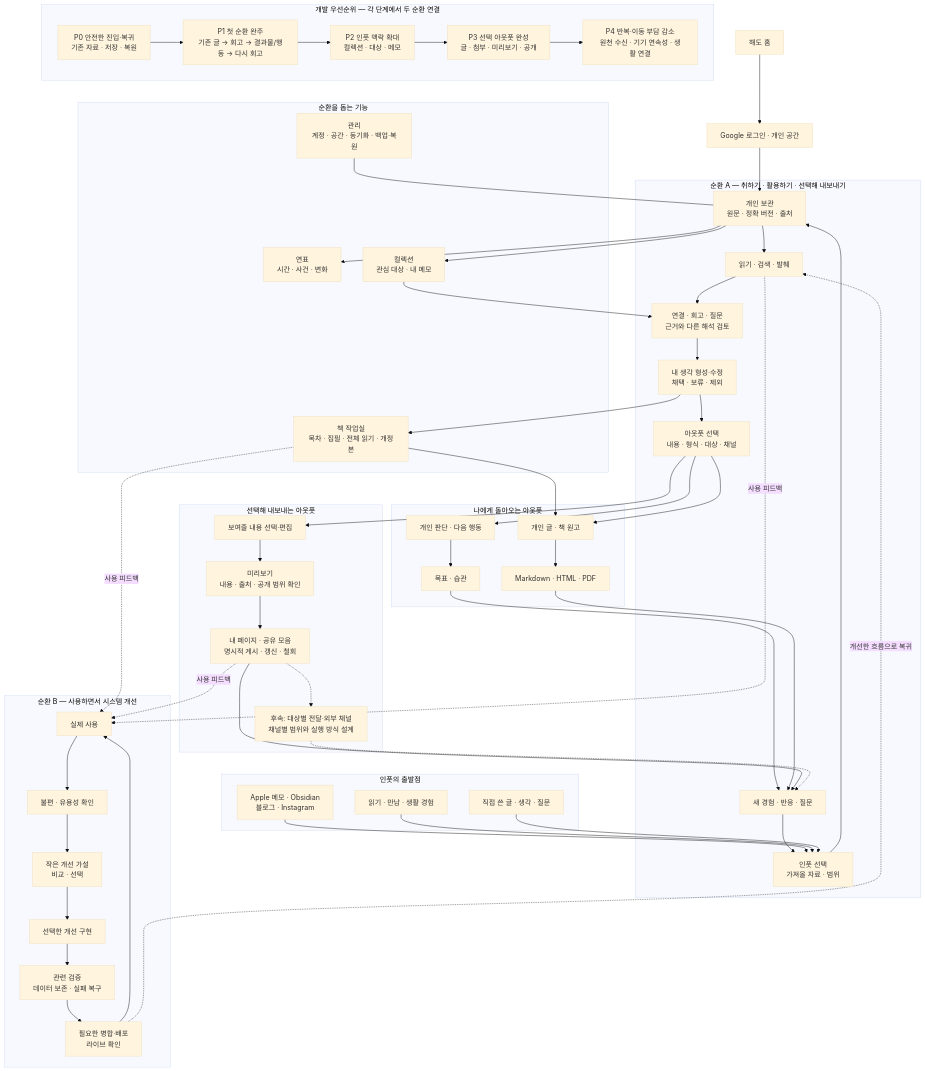
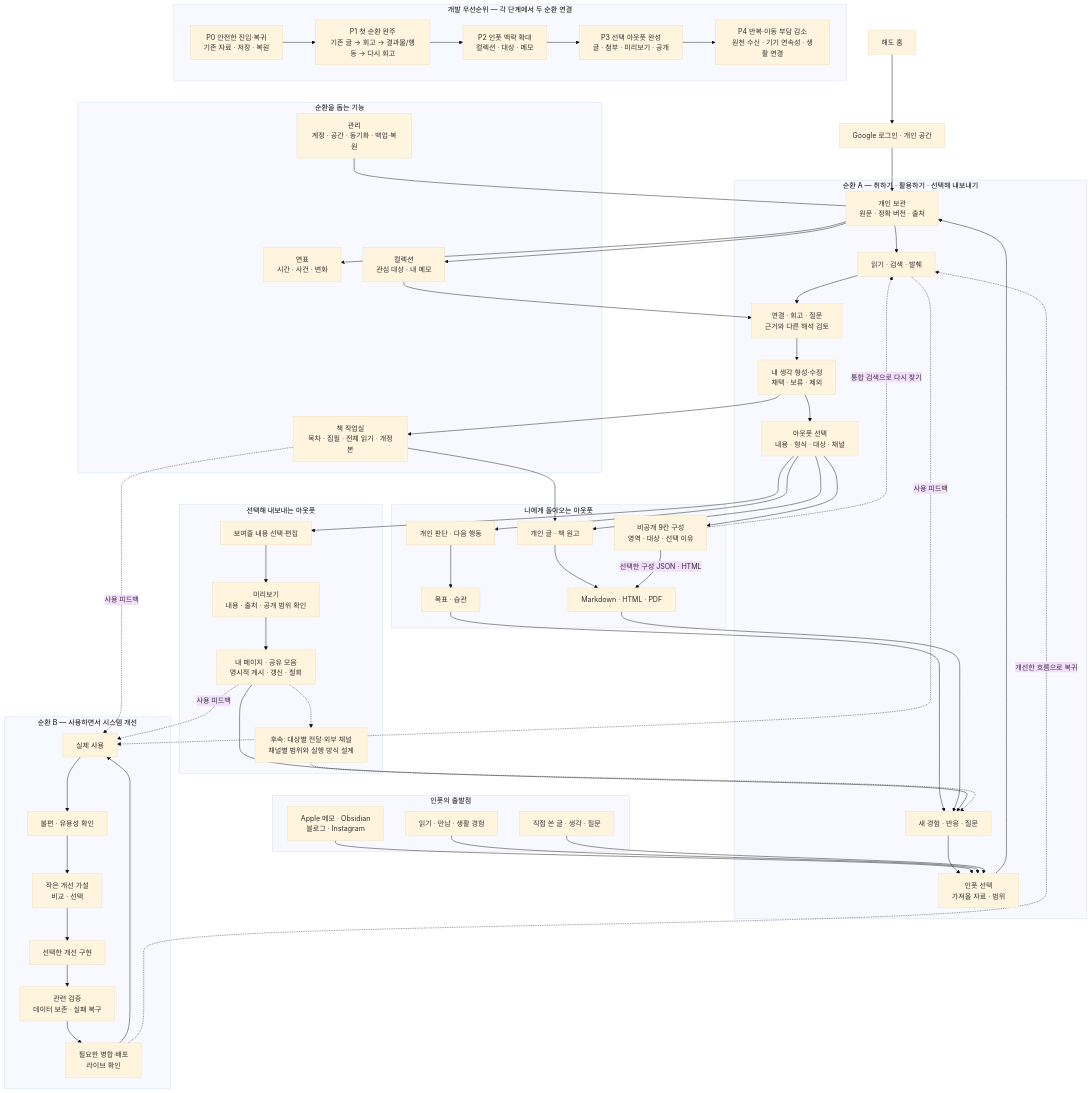
Before and after one commit to wonchance-art/life-haedo: the diagram in docs/diagrams/life_two_cycles_20261013.mmd, drawn with Mermaid (base theme). The commit also changed 22 other files, not shown here.

```diff
--- a/docs/diagrams/life_two_cycles_20261013.mmd
+++ b/docs/diagrams/life_two_cycles_20261013.mmd
@@ -1,91 +1,95 @@
 flowchart TB
     HOME["해도 홈"] --> AUTH["Google 로그인 · 개인 공간"]
 
     subgraph INPUTS["인풋의 출발점"]
         SOURCES["Apple 메모 · Obsidian<br/>블로그 · Instagram"]
         EXPERIENCE["읽기 · 만남 · 생활 경험"]
         WRITING["직접 쓴 글 · 생각 · 질문"]
     end
 
     subgraph A["순환 A — 취하기 · 활용하기 · 선택해 내보내기"]
         INPUT["인풋 선택<br/>가져올 자료 · 범위"]
         STORE["개인 보관<br/>원문 · 정확 버전 · 출처"]
         READ["읽기 · 검색 · 발췌"]
         CONNECT["연결 · 회고 · 질문<br/>근거와 다른 해석 검토"]
         THINK["내 생각 형성·수정<br/>채택 · 보류 · 제외"]
         OUTPUT["아웃풋 선택<br/>내용 · 형식 · 대상 · 채널"]
         FEEDBACK["새 경험 · 반응 · 질문"]
 
         INPUT --> STORE --> READ --> CONNECT --> THINK --> OUTPUT
         FEEDBACK --> INPUT
     end
 
     AUTH --> STORE
     SOURCES --> INPUT
     EXPERIENCE --> INPUT
     WRITING --> INPUT
 
     subgraph PRIVATE["나에게 돌아오는 아웃풋"]
         ACTION["개인 판단 · 다음 행동"]
         GOALS["목표 · 습관"]
         MANUSCRIPT["개인 글 · 책 원고"]
+        NINE["비공개 9칸 구성<br/>영역 · 대상 · 선택 이유"]
         FILE["Markdown · HTML · PDF"]
         ACTION --> GOALS
         MANUSCRIPT --> FILE
+        NINE -->|선택한 구성 JSON · HTML| FILE
+        NINE -.->|통합 검색으로 다시 찾기| READ
     end
 
     subgraph PUBLIC["선택해 내보내는 아웃풋"]
         EDIT["보여줄 내용 선택·편집"]
         PREVIEW["미리보기<br/>내용 · 출처 · 공개 범위 확인"]
         PUBLISH["내 페이지 · 공유 모음<br/>명시적 게시 · 갱신 · 철회"]
         CHANNEL["후속: 대상별 전달·외부 채널<br/>채널별 범위와 실행 방식 설계"]
         EDIT --> PREVIEW --> PUBLISH
         PUBLISH -.-> CHANNEL
     end
 
     OUTPUT --> ACTION
     OUTPUT --> MANUSCRIPT
+    OUTPUT --> NINE
     OUTPUT --> EDIT
     GOALS --> FEEDBACK
     FILE --> FEEDBACK
     PUBLISH --> FEEDBACK
     CHANNEL -.-> FEEDBACK
 
     subgraph FUNCTIONS["순환을 돕는 기능"]
         TIMELINE["연표<br/>시간 · 사건 · 변화"]
         COLLECTION["컬렉션<br/>관심 대상 · 내 메모"]
         BOOK["책 작업실<br/>목차 · 집필 · 전체 읽기 · 개정본"]
         MANAGEMENT["관리<br/>계정 · 공간 · 동기화 · 백업·복원"]
     end
 
     STORE --> TIMELINE
     STORE --> COLLECTION
     COLLECTION --> CONNECT
     THINK --> BOOK
     BOOK --> MANUSCRIPT
     MANAGEMENT --- STORE
 
     subgraph B["순환 B — 사용하면서 시스템 개선"]
         USE["실제 사용"]
         ISSUE["불편 · 유용성 확인"]
         COMPARE["작은 개선 가설<br/>비교 · 선택"]
         IMPLEMENT["선택한 개선 구현"]
         VERIFY["관련 검증<br/>데이터 보존 · 실패 복구"]
         RELEASE["필요한 병합·배포<br/>라이브 확인"]
 
         USE --> ISSUE --> COMPARE --> IMPLEMENT --> VERIFY --> RELEASE --> USE
     end
 
     READ -. "사용 피드백" .-> USE
     BOOK -. "사용 피드백" .-> USE
     PUBLISH -. "사용 피드백" .-> USE
     RELEASE -. "개선한 흐름으로 복귀" .-> READ
 
     subgraph ROADMAP["개발 우선순위 — 각 단계에서 두 순환 연결"]
         P0["P0 안전한 진입·복귀<br/>기존 자료 · 저장 · 복원"]
         P1["P1 첫 순환 완주<br/>기존 글 → 회고 → 결과물/행동 → 다시 회고"]
         P2["P2 인풋 맥락 확대<br/>컬렉션 · 대상 · 메모"]
         P3["P3 선택 아웃풋 완성<br/>글 · 첨부 · 미리보기 · 공개"]
         P4["P4 반복·이동 부담 감소<br/>원천 수신 · 기기 연속성 · 생활 연결"]
         P0 --> P1 --> P2 --> P3 --> P4
     end
```
